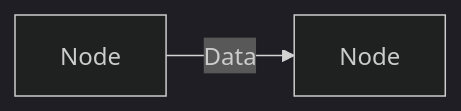
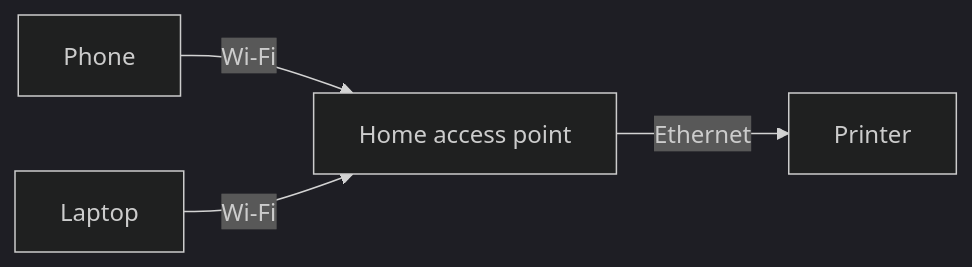
Before and after one commit to vanshbaranwal/backend-projects: the second of 12 diagrams in computer-network/01-fundamentals/fundamentals.md, drawn with Mermaid (dark theme). The commit also changed other lines of this file and 2 other files, not shown here.

Commit message:
docs(networking): refine notes, analogies, and diagrams

````diff
--- a/computer-network/01-fundamentals/fundamentals.md
+++ b/computer-network/01-fundamentals/fundamentals.md
@@ -39,4 +56,6 @@
 ```mermaid
 flowchart LR
-    A[Node] -->|Data| B[Node]
+    P[Phone] -->|Wi-Fi| AP[Home access point]
+    L[Laptop] -->|Wi-Fi| AP
+    AP -->|Ethernet| PR[Printer]
 ```
````
